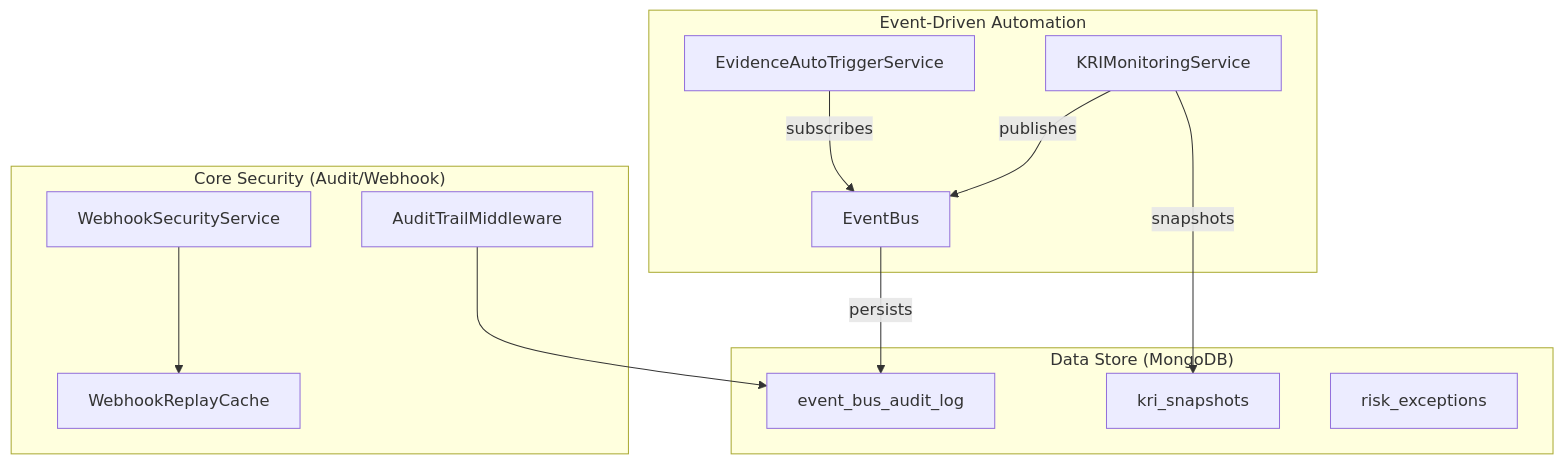
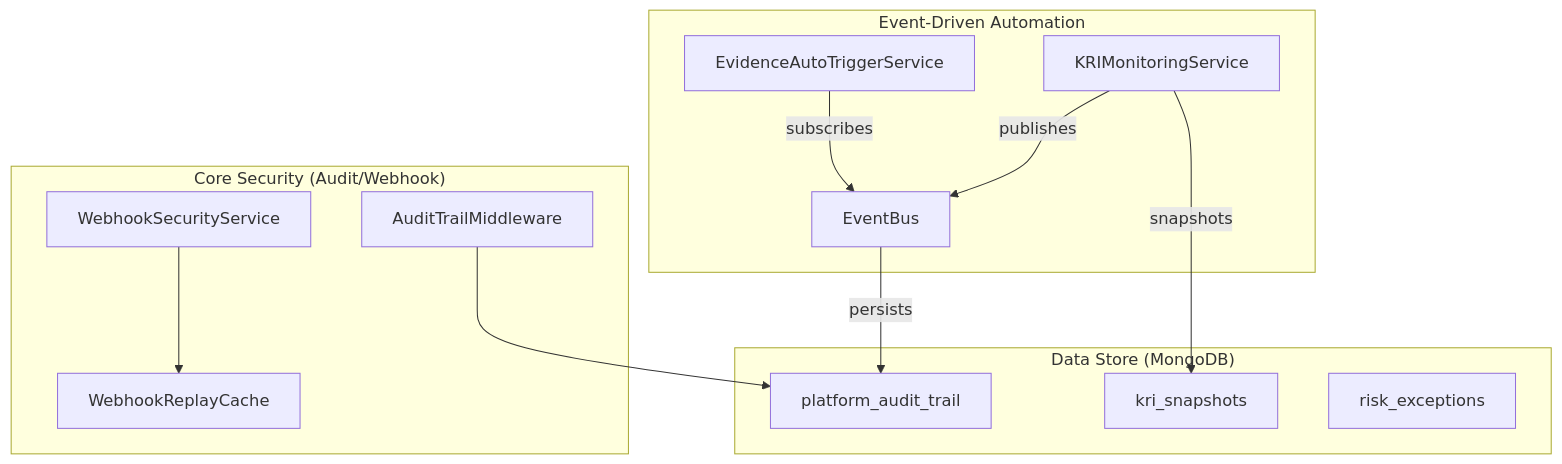
The second of 2 diagrams in docs/authentication/audit-trail.md (niteshsaini/offloadsecurity-docs), drawn with Mermaid before and after one commit. The commit also changed other lines of this file and 23 other files, not shown here.

````diff
--- a/docs/authentication/audit-trail.md
+++ b/docs/authentication/audit-trail.md
@@ -81,27 +81,27 @@
 ```mermaid
 graph TD
     subgraph "Core Security (Audit/Webhook)"
         ATM["AuditTrailMiddleware"]
         WSS["WebhookSecurityService"]
         WRC["WebhookReplayCache"]
     end
 
     subgraph "Event-Driven Automation"
         EB["EventBus"]
         EATS["EvidenceAutoTriggerService"]
         KRIS["KRIMonitoringService"]
     end
 
     subgraph "Data Store (MongoDB)"
-        EBAL["event_bus_audit_log"]
+        EBAL["platform_audit_trail"]
         KS["kri_snapshots"]
         RES["risk_exceptions"]
     end
 
     ATM --> EBAL
     EB -- "persists" --> EBAL
     WSS --> WRC
     EATS -- "subscribes" --> EB
     KRIS -- "snapshots" --> KS
     KRIS -- "publishes" --> EB
 ```
````
